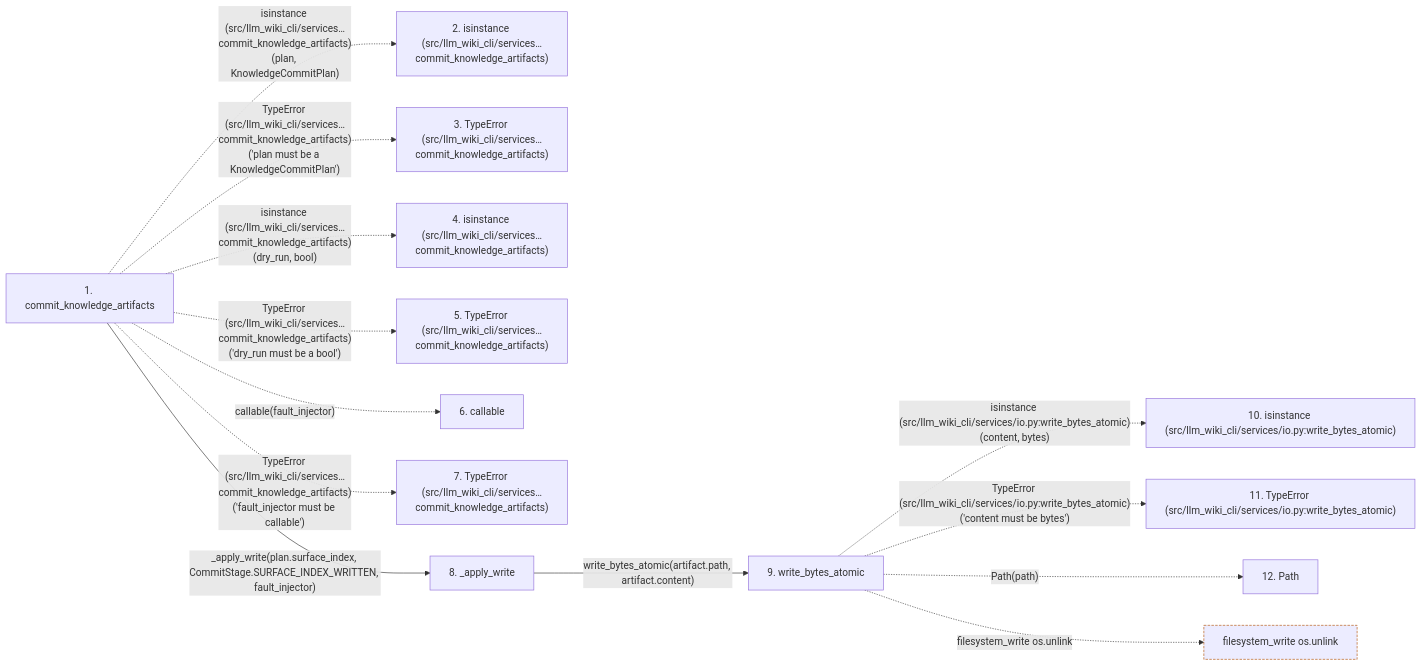
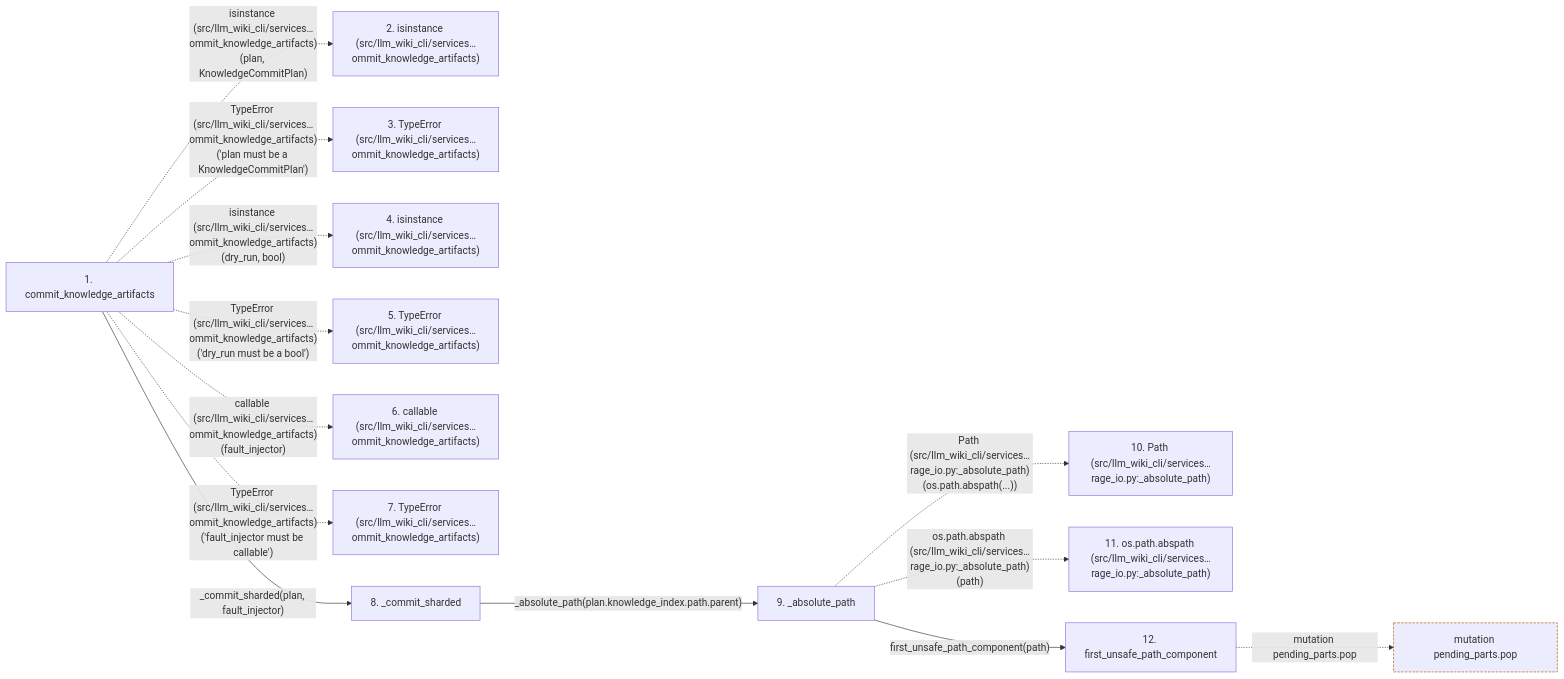
One commit to Denissvgn/python-wiki-llm changed the second of 2 diagrams in docs/llm_wiki/flows/api-commit_knowledge_artifacts.md. Above: the diagram before and after it, drawn with Mermaid. The commit also changed other lines of this file and 865 other files, not shown here.

First line of the commit message:
Add native task workflows and scalable indexed knowledge storage (#35)

````diff
--- a/docs/llm_wiki/flows/api-commit_knowledge_artifacts.md
+++ b/docs/llm_wiki/flows/api-commit_knowledge_artifacts.md
@@ -71,33 +83,34 @@
 ```mermaid
 flowchart LR
     s1["1. commit_knowledge_artifacts"]
-    s2["2. isinstance (src/llm_wiki_cli/services…commit_knowledge_artifacts)"]
-    s3["3. TypeError (src/llm_wiki_cli/services…commit_knowledge_artifacts)"]
-    s4["4. isinstance (src/llm_wiki_cli/services…commit_knowledge_artifacts)"]
-    s5["5. TypeError (src/llm_wiki_cli/services…commit_knowledge_artifacts)"]
-    s6["6. callable"]
-    s7["7. TypeError (src/llm_wiki_cli/services…commit_knowledge_artifacts)"]
-    s8["8. _apply_write"]
-    s9["9. write_bytes_atomic"]
-    s10["10. isinstance (src/llm_wiki_cli/services/io.py:write_bytes_atomic)"]
-    s11["11. TypeError (src/llm_wiki_cli/services/io.py:write_bytes_atomic)"]
-    s12["12. Path"]
-    s1 -. "isinstance (src/llm_wiki_cli/services…commit_knowledge_artifacts)(plan, KnowledgeCommitPlan)" .-> s2
-    s1 -. "TypeError (src/llm_wiki_cli/services…commit_knowledge_artifacts)('plan must be a KnowledgeCommitPlan')" .-> s3
-    s1 -. "isinstance (src/llm_wiki_cli/services…commit_knowledge_artifacts)(dry_run, bool)" .-> s4
-    s1 -. "TypeError (src/llm_wiki_cli/services…commit_knowledge_artifacts)('dry_run must be a bool')" .-> s5
-    s1 -. "callable(fault_injector)" .-> s6
-    s1 -. "TypeError (src/llm_wiki_cli/services…commit_knowledge_artifacts)('fault_injector must be callable')" .-> s7
-    s1 -->|"_apply_write(plan.surface_index, CommitStage.SURFACE_INDEX_WRITTEN, fault_injector)"| s8
-    s8 -->|"write_bytes_atomic(artifact.path, artifact.content)"| s9
-    s9 -. "isinstance (src/llm_wiki_cli/services/io.py:write_bytes_atomic)(content, bytes)" .-> s10
-    s9 -. "TypeError (src/llm_wiki_cli/services/io.py:write_bytes_atomic)('content must be bytes')" .-> s11
-    s9 -. "Path(path)" .-> s12
-    b0["filesystem_write os.unlink"]
-    s9 -. "filesystem_write os.unlink" .-> b0
+    s2["2. isinstance (src/llm_wiki_cli/services…ommit_knowledge_artifacts)"]
+    s3["3. TypeError (src/llm_wiki_cli/services…ommit_knowledge_artifacts)"]
+    s4["4. isinstance (src/llm_wiki_cli/services…ommit_knowledge_artifacts)"]
+    s5["5. TypeError (src/llm_wiki_cli/services…ommit_knowledge_artifacts)"]
+    s6["6. callable (src/llm_wiki_cli/services…ommit_knowledge_artifacts)"]
+    s7["7. TypeError (src/llm_wiki_cli/services…ommit_knowledge_artifacts)"]
+    s8["8. _commit_sharded"]
+    s9["9. _absolute_path"]
+    s10["10. Path (src/llm_wiki_cli/services…rage_io.py:_absolute_path)"]
+    s11["11. os.path.abspath (src/llm_wiki_cli/services…rage_io.py:_absolute_path)"]
+    s12["12. first_unsafe_path_component"]
+    s1 -. "isinstance (src/llm_wiki_cli/services…ommit_knowledge_artifacts)(plan, KnowledgeCommitPlan)" .-> s2
+    s1 -. "TypeError (src/llm_wiki_cli/services…ommit_knowledge_artifacts)('plan must be a KnowledgeCommitPlan')" .-> s3
+    s1 -. "isinstance (src/llm_wiki_cli/services…ommit_knowledge_artifacts)(dry_run, bool)" .-> s4
+    s1 -. "TypeError (src/llm_wiki_cli/services…ommit_knowledge_artifacts)('dry_run must be a bool')" .-> s5
+    s1 -. "callable (src/llm_wiki_cli/services…ommit_knowledge_artifacts)(fault_injector)" .-> s6
+    s1 -. "TypeError (src/llm_wiki_cli/services…ommit_knowledge_artifacts)('fault_injector must be callable')" .-> s7
+    s1 -->|"_commit_sharded(plan, fault_injector)"| s8
+    s8 -->|"_absolute_path(plan.knowledge_index.path.parent)"| s9
+    s9 -. "Path (src/llm_wiki_cli/services…rage_io.py:_absolute_path)(os.path.abspath(...))" .-> s10
+    s9 -. "os.path.abspath (src/llm_wiki_cli/services…rage_io.py:_absolute_path)(path)" .-> s11
+    s9 -->|"first_unsafe_path_component(path)"| s12
+    b0["mutation pending_parts.pop"]
+    s12 -. "mutation pending_parts.pop" .-> b0
     click s1 "../modules/knowledge_artifacts.md"
     click s8 "../modules/knowledge_artifacts.md"
-    click s9 "../modules/io.md"
+    click s9 "../modules/knowledge_storage_io.md"
+    click s12 "../modules/io.md"
     classDef boundary stroke:#b45309,stroke-dasharray: 4 2
     class b0 boundary
 ```
````
